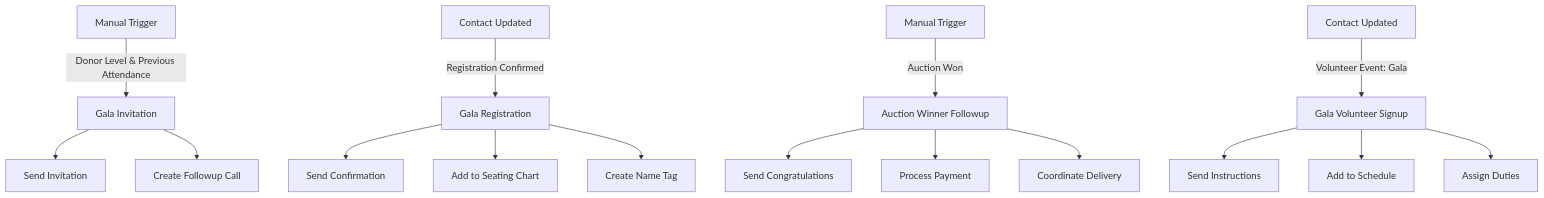
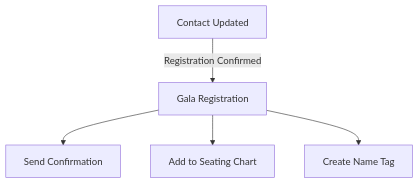
Before and after one commit to Apistolic/boh-larament: the ninth of 11 diagrams in app/Docs/Workflows.md, drawn with Mermaid. The commit also changed other lines of this file, not shown here.

````diff
--- a/app/Docs/Workflows.md
+++ b/app/Docs/Workflows.md
@@ -103,25 +115,8 @@
 ```mermaid
 flowchart TD
-    %% Gala Workflows
-    A[Manual Trigger] -->|Donor Level & Previous Attendance| B[Gala Invitation]
-    B --> C[Send Invitation]
-    B --> D[Create Followup Call]
-    
     %% Registration
     E[Contact Updated] -->|Registration Confirmed| F[Gala Registration]
     F --> G[Send Confirmation]
     F --> H[Add to Seating Chart]
     F --> I[Create Name Tag]
-    
-    %% Auction Winner
-    J[Manual Trigger] -->|Auction Won| K[Auction Winner Followup]
-    K --> L[Send Congratulations]
-    K --> M[Process Payment]
-    K --> N[Coordinate Delivery]
-    
-    %% Volunteer
-    O[Contact Updated] -->|Volunteer Event: Gala| P[Gala Volunteer Signup]
-    P --> Q[Send Instructions]
-    P --> R[Add to Schedule]
-    P --> S[Assign Duties]
 ```
````
